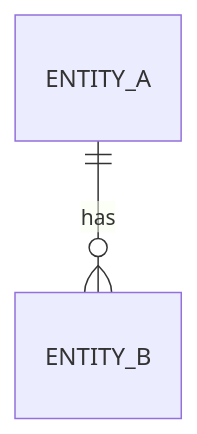
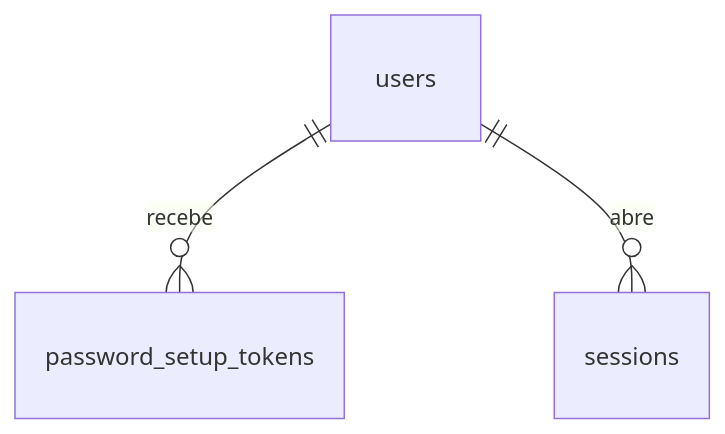
The diagram in docs/stages/2.5-email-invite/concept.md (MarceloSanC/restaurant-hub), drawn with Mermaid before and after one commit. The commit also changed other lines of this file and 4 other files, not shown here.

````diff
--- a/docs/stages/2.5-email-invite/concept.md
+++ b/docs/stages/2.5-email-invite/concept.md
@@ -119,4 +547,5 @@
 ```mermaid
 erDiagram
-  ENTITY_A ||--o{ ENTITY_B : has
+  users ||--o{ password_setup_tokens : "recebe"
+  users ||--o{ sessions : "abre"
 ```
````
